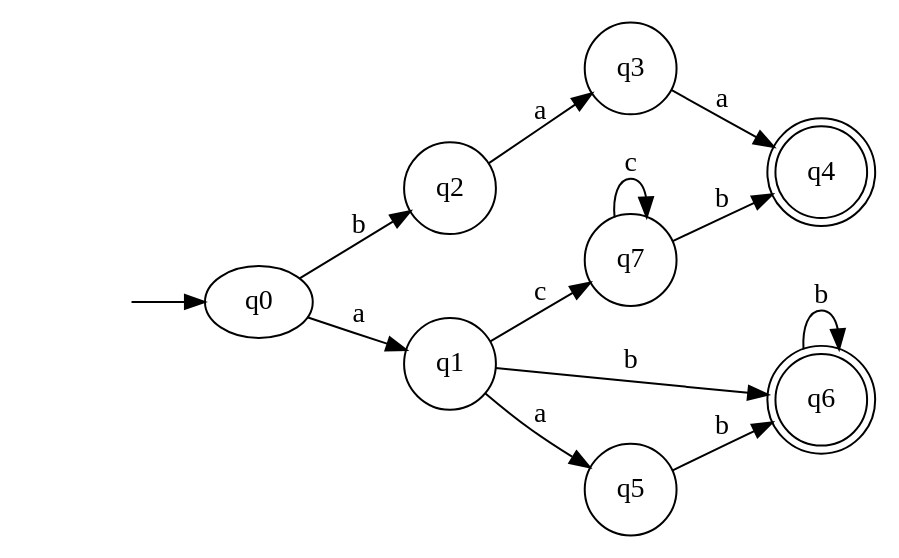
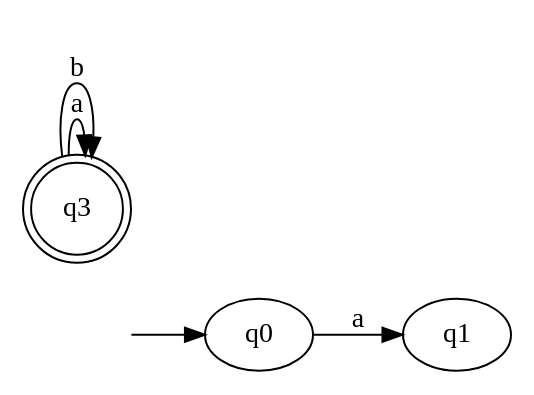
One commit to oscarparedez/compiler-project-1 changed the diagram in DFA MINIMIZED subsets.gv. Above: the diagram before and after it, drawn with Graphviz. The commit also changed 17 other files, not shown here.

```diff
--- a/DFA MINIMIZED subsets.gv
+++ b/DFA MINIMIZED subsets.gv
@@ -1,23 +1,9 @@
 digraph "DFA MINIMIZED subsets" {
 	graph [rankdir=LR]
 	"" [label="" shape=plaintext]
-	q4 [label=q4 shape=doublecircle]
-	q6 [label=q6 shape=doublecircle]
-	q5 [label=q5 shape=circle]
-	q2 [label=q2 shape=circle]
-	q7 [label=q7 shape=circle]
-	q1 [label=q1 shape=circle]
-	q3 [label=q3 shape=circle]
+	q3 [label=q3 shape=doublecircle]
 	"" -> q0 [label=""]
 	q0 -> q1 [label=a]
-	q0 -> q2 [label=b]
-	q2 -> q3 [label=a]
-	q3 -> q4 [label=a]
-	q1 -> q5 [label=a]
-	q1 -> q6 [label=b]
-	q1 -> q7 [label=c]
-	q7 -> q4 [label=b]
-	q7 -> q7 [label=c]
-	q5 -> q6 [label=b]
-	q6 -> q6 [label=b]
+	q3 -> q3 [label=a]
+	q3 -> q3 [label=b]
 }
```
